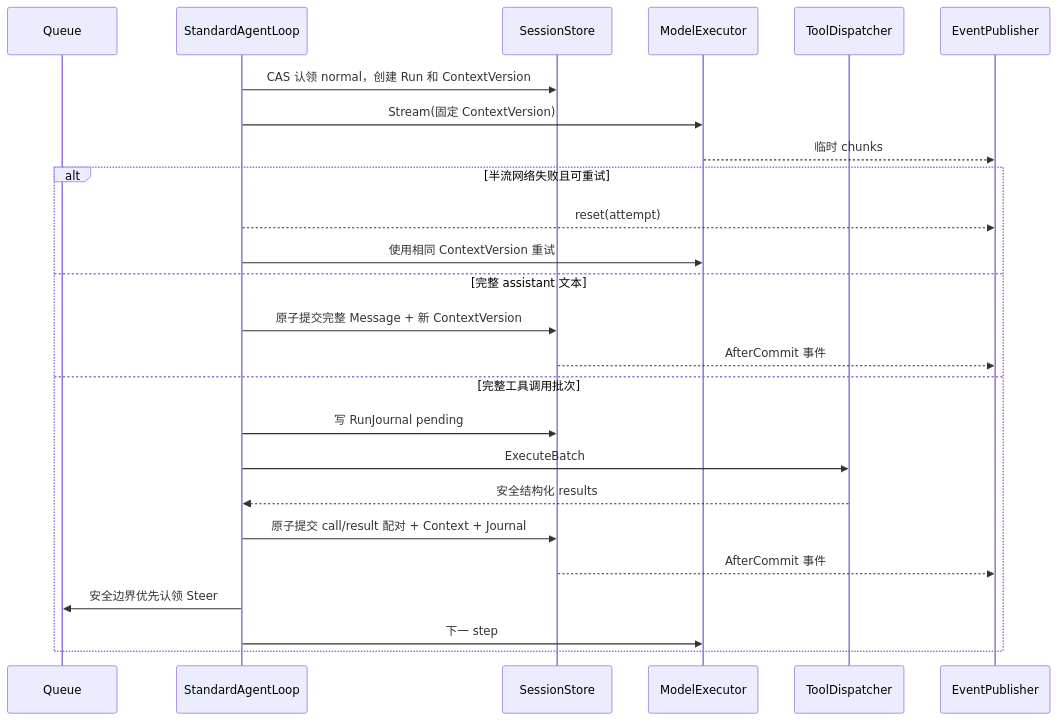
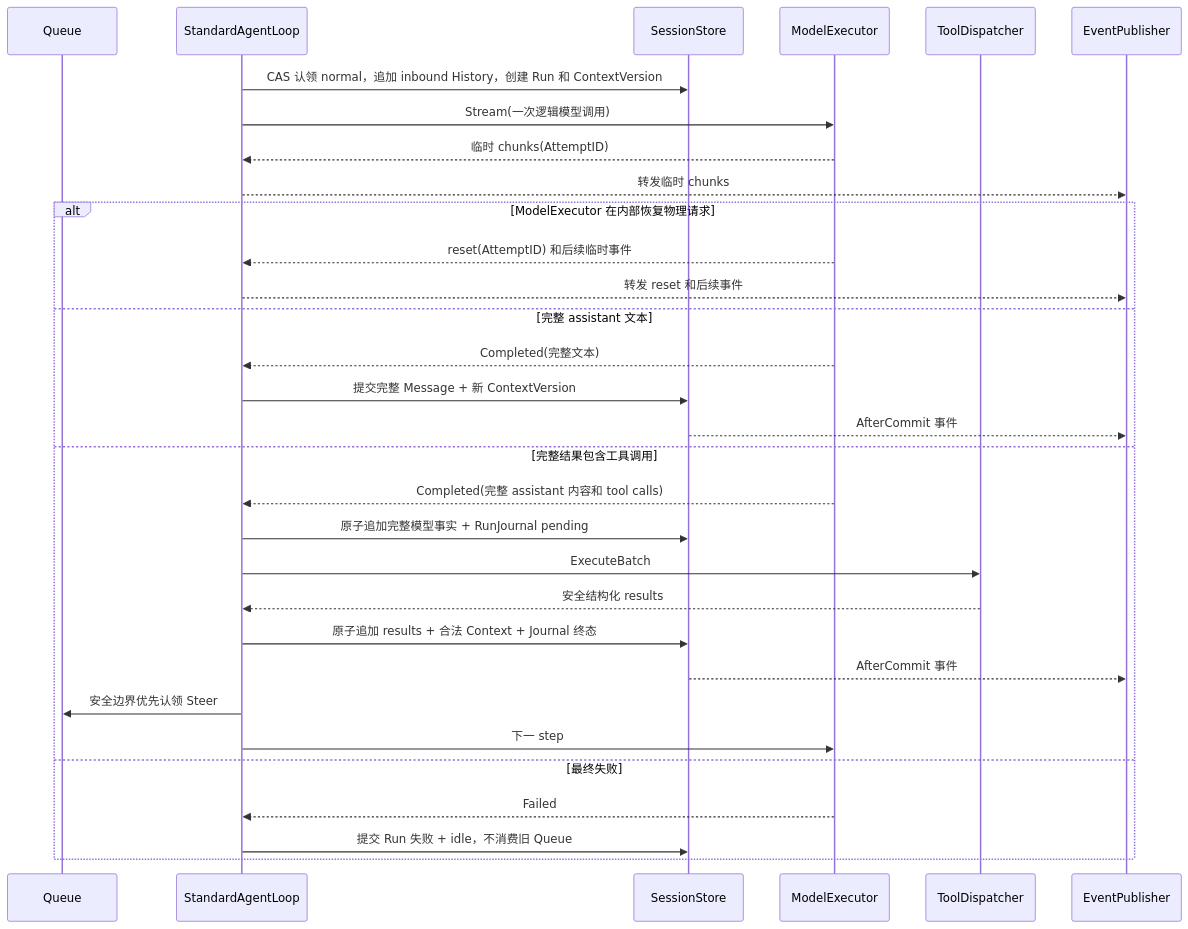
One commit to LyleLiu666/agentSlot changed the third of 3 diagrams in docs/standard-agent-loop-implementation-plan.zh-CN.md. Above: the diagram before and after it, drawn with Mermaid. The commit also changed other lines of this file and 6 other files, not shown here.

````diff
--- a/docs/standard-agent-loop-implementation-plan.zh-CN.md
+++ b/docs/standard-agent-loop-implementation-plan.zh-CN.md
@@ -443,28 +508,34 @@
 ```mermaid
 sequenceDiagram
     participant Q as Queue
     participant L as StandardAgentLoop
     participant S as SessionStore
     participant M as ModelExecutor
     participant T as ToolDispatcher
     participant E as EventPublisher
 
-    L->>S: CAS 认领 normal，创建 Run 和 ContextVersion
-    L->>M: Stream(固定 ContextVersion)
-    M-->>E: 临时 chunks
-    alt 半流网络失败且可重试
-        L-->>E: reset(attempt)
-        L->>M: 使用相同 ContextVersion 重试
+    L->>S: CAS 认领 normal，追加 inbound History，创建 Run 和 ContextVersion
+    L->>M: Stream(一次逻辑模型调用)
+    M-->>L: 临时 chunks(AttemptID)
+    L-->>E: 转发临时 chunks
+    alt ModelExecutor 在内部恢复物理请求
+        M-->>L: reset(AttemptID) 和后续临时事件
+        L-->>E: 转发 reset 和后续事件
     else 完整 assistant 文本
-        L->>S: 原子提交完整 Message + 新 ContextVersion
+        M-->>L: Completed(完整文本)
+        L->>S: 提交完整 Message + 新 ContextVersion
         S-->>E: AfterCommit 事件
-    else 完整工具调用批次
-        L->>S: 写 RunJournal pending
+    else 完整结果包含工具调用
+        M-->>L: Completed(完整 assistant 内容和 tool calls)
+        L->>S: 原子追加完整模型事实 + RunJournal pending
         L->>T: ExecuteBatch
         T-->>L: 安全结构化 results
-        L->>S: 原子提交 call/result 配对 + Context + Journal
+        L->>S: 原子追加 results + 合法 Context + Journal 终态
         S-->>E: AfterCommit 事件
         L->>Q: 安全边界优先认领 Steer
         L->>M: 下一 step
+    else 最终失败
+        M-->>L: Failed
+        L->>S: 提交 Run 失败 + idle，不消费旧 Queue
     end
 ```
````
